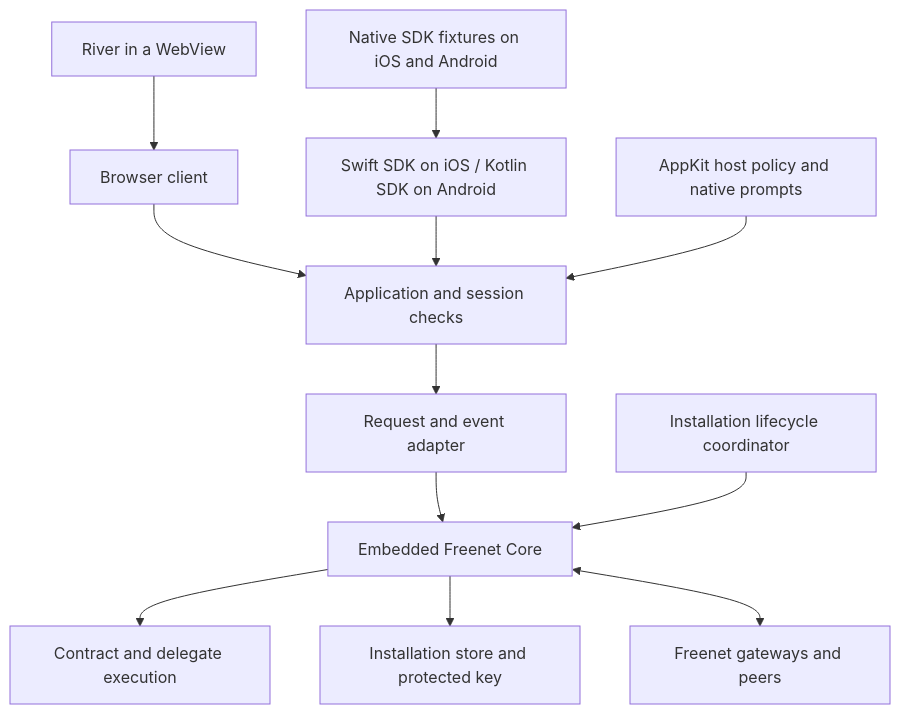
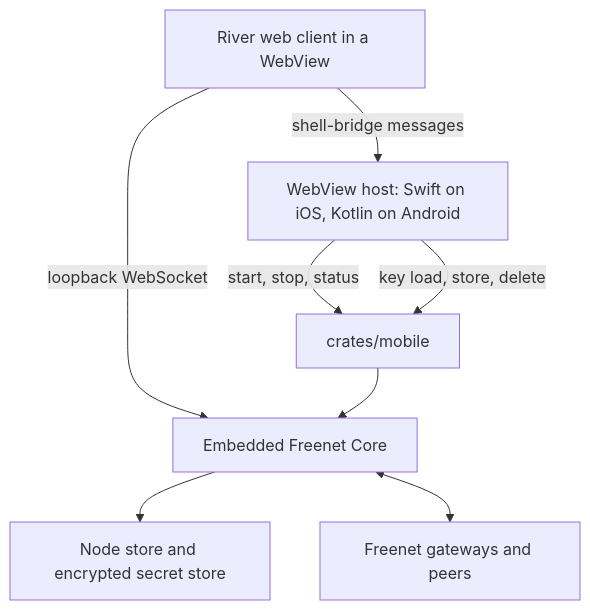
Before and after one commit to EVY-Platform/evy-freenet-plans: the first of 2 diagrams in 1-freenet-mobile-appkit/02-sdk.md, drawn with Mermaid. The commit also changed other lines of this file and 34 other files, not shown here.

````diff
--- a/1-freenet-mobile-appkit/02-sdk.md
+++ b/1-freenet-mobile-appkit/02-sdk.md
@@ -21,14 +27,10 @@
 ```mermaid
 flowchart TD
-  River[River in a WebView] --> Browser[Browser client]
-  Fixture[Native SDK fixtures on iOS and Android] --> Native[Swift SDK on iOS / Kotlin SDK on Android]
-  Browser --> Access[Application and session checks]
-  Native --> Access
-  Host[AppKit host policy and native prompts] --> Access
-  Access --> Adapter[Request and event adapter]
-  Adapter --> Core[Embedded Freenet Core]
-  Coordinator[Installation lifecycle coordinator] --> Core
-  Core --> Contracts[Contract and delegate execution]
-  Core --> Store[Installation store and protected key]
+  River[River web client in a WebView] -->|loopback WebSocket| Core[Embedded Freenet Core]
+  River -->|shell-bridge messages| Host[WebView host: Swift on iOS, Kotlin on Android]
+  Host -->|start, stop, status| Mobile[crates/mobile]
+  Host -->|key load, store, delete| Mobile
+  Mobile --> Core
+  Core --> Store[Node store and encrypted secret store]
   Core <--> Network[Freenet gateways and peers]
 ```
````
